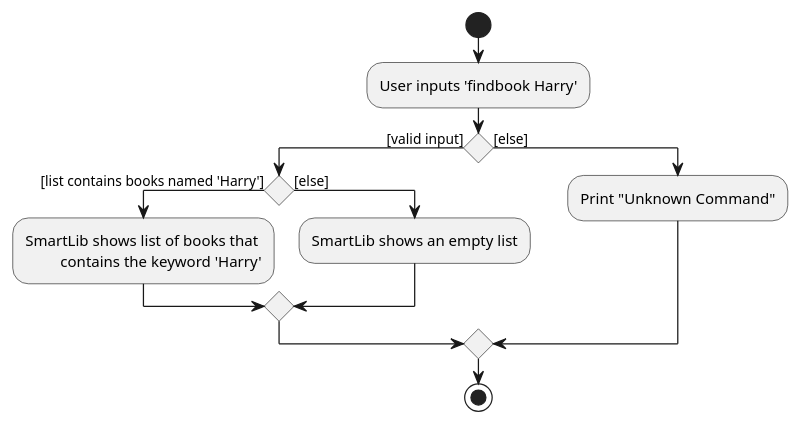
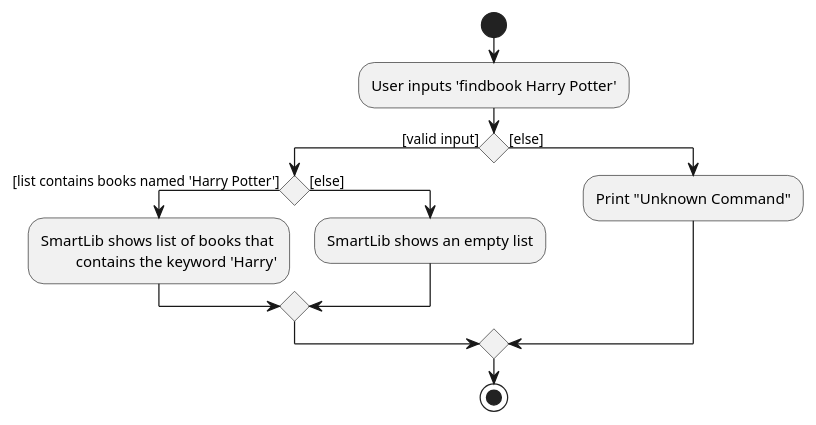
The diagram in docs/diagrams/FindBookActivityDiagram.puml (nus-cs2103-AY2021S2/tp), drawn with PlantUML before and after one commit. The commit also changed 3 other files, not shown here.

```diff
--- a/docs/diagrams/FindBookActivityDiagram.puml
+++ b/docs/diagrams/FindBookActivityDiagram.puml
@@ -1,19 +1,19 @@
 @startuml
 start
-:User inputs 'findbook Harry';
+:User inputs 'findbook Harry Potter';
 
 'Since the beta syntax does not support placing the condition outside the
 'diamond we place it as the true branch instead.
 
 if () then ([valid input])
-    if () then ([list contains books named 'Harry'])
+    if () then ([list contains books named 'Harry Potter'])
         :SmartLib shows list of books that
                  contains the keyword 'Harry';
     else ([else])
         :SmartLib shows an empty list;
     endif
 else ([else])
     :Print "Unknown Command";
 endif
 stop
 @enduml
```
